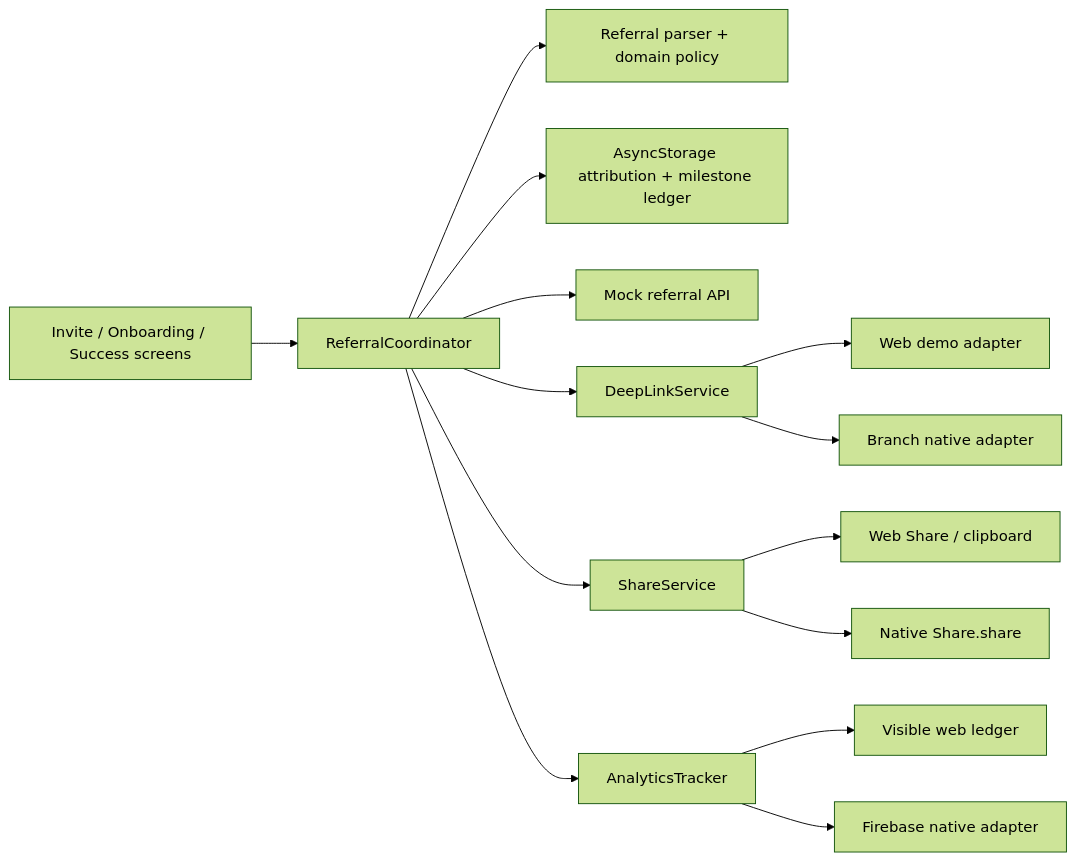
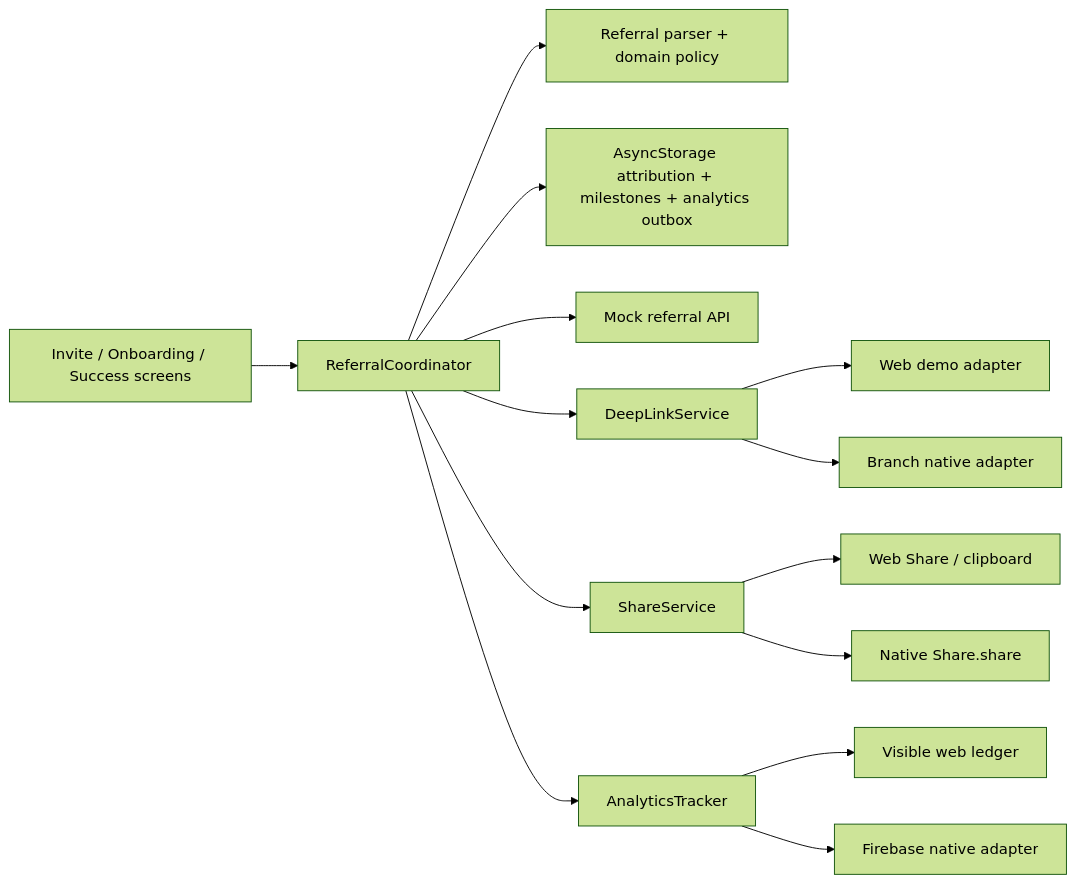
One commit to Hasan-Al-Hussein/mal-referral-flow changed the diagram in README.md. Above: the diagram before and after it, drawn with Mermaid (forest theme). The commit also changed other lines of this file and 15 other files, not shown here.

````diff
--- a/README.md
+++ b/README.md
@@ -164,16 +168,16 @@
 ```mermaid
 flowchart LR
   UI["Invite / Onboarding / Success screens"] --> C["ReferralCoordinator"]
   C --> D["Referral parser + domain policy"]
-  C --> S["AsyncStorage attribution + milestone ledger"]
+  C --> S["AsyncStorage attribution + milestones + analytics outbox"]
   C --> API["Mock referral API"]
   C --> DL["DeepLinkService"]
   C --> SH["ShareService"]
   C --> AT["AnalyticsTracker"]
   DL --> DW["Web demo adapter"]
   DL --> DN["Branch native adapter"]
   SH --> SW["Web Share / clipboard"]
   SH --> SN["Native Share.share"]
   AT --> AW["Visible web ledger"]
   AT --> AN["Firebase native adapter"]
 ```
````
